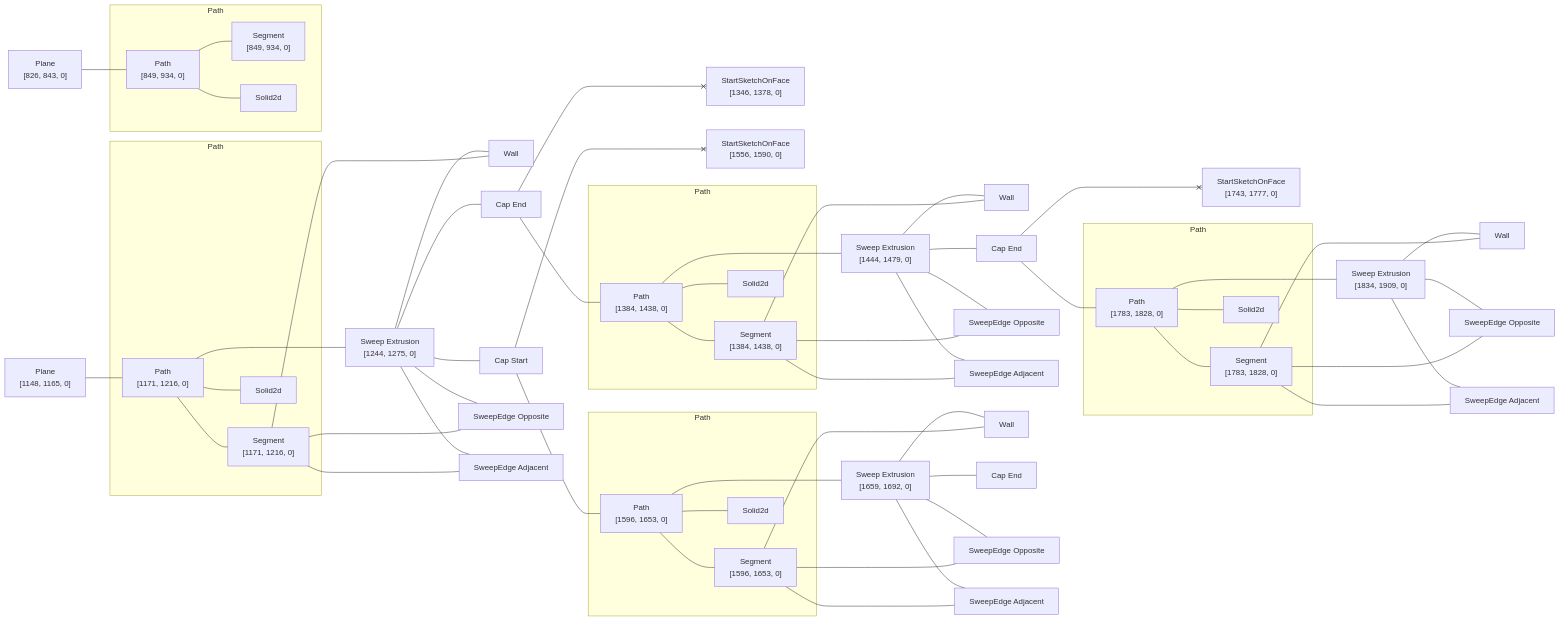
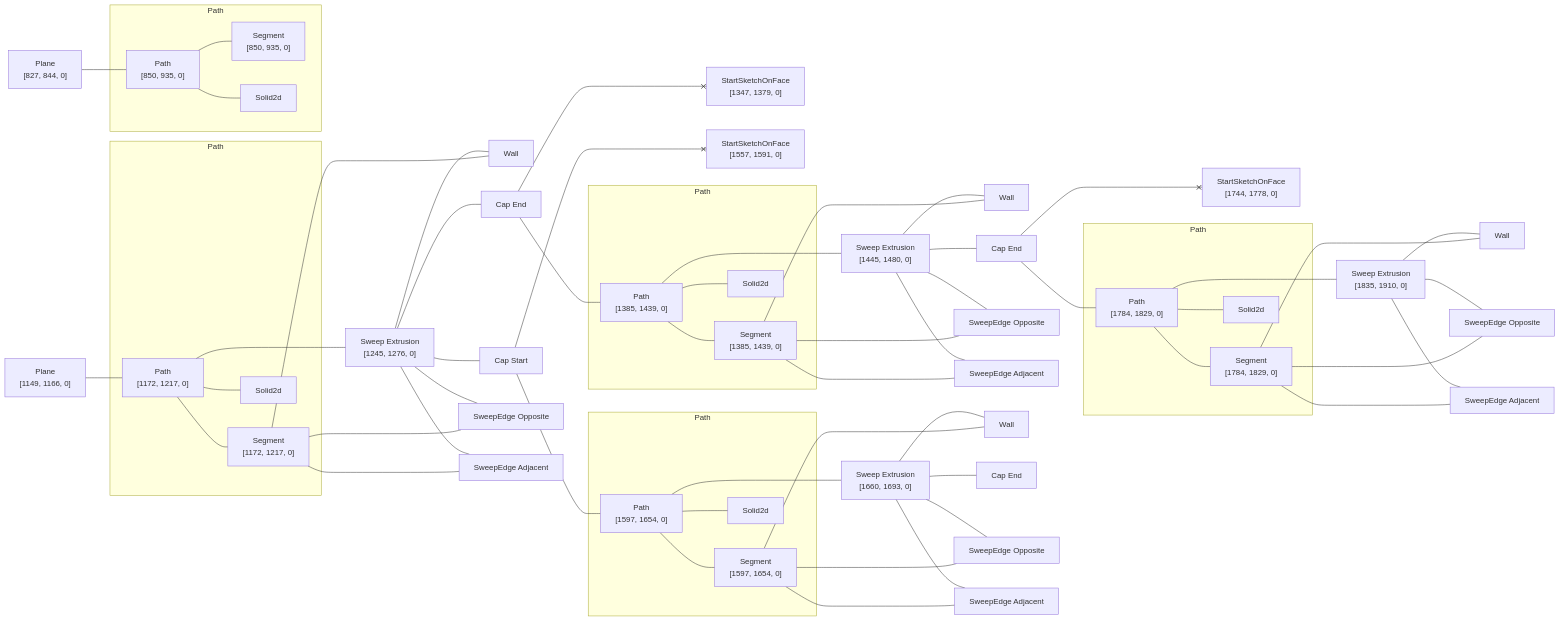
The diagram in rust/kcl-lib/tests/kcl_samples/flange/artifact_graph_flowchart.snap.md (KittyCAD/modeling-app), drawn with Mermaid before and after one commit. The commit also changed 122 other files, not shown here.

````diff
--- a/rust/kcl-lib/tests/kcl_samples/flange/artifact_graph_flowchart.snap.md
+++ b/rust/kcl-lib/tests/kcl_samples/flange/artifact_graph_flowchart.snap.md
@@ -1,55 +1,55 @@
 ```mermaid
 flowchart LR
   subgraph path2 [Path]
-    2["Path<br>[849, 934, 0]"]
-    3["Segment<br>[849, 934, 0]"]
+    2["Path<br>[850, 935, 0]"]
+    3["Segment<br>[850, 935, 0]"]
     4[Solid2d]
   end
   subgraph path6 [Path]
-    6["Path<br>[1171, 1216, 0]"]
-    7["Segment<br>[1171, 1216, 0]"]
+    6["Path<br>[1172, 1217, 0]"]
+    7["Segment<br>[1172, 1217, 0]"]
     8[Solid2d]
   end
   subgraph path15 [Path]
-    15["Path<br>[1384, 1438, 0]"]
-    16["Segment<br>[1384, 1438, 0]"]
+    15["Path<br>[1385, 1439, 0]"]
+    16["Segment<br>[1385, 1439, 0]"]
     17[Solid2d]
   end
   subgraph path23 [Path]
-    23["Path<br>[1596, 1653, 0]"]
-    24["Segment<br>[1596, 1653, 0]"]
+    23["Path<br>[1597, 1654, 0]"]
+    24["Segment<br>[1597, 1654, 0]"]
     25[Solid2d]
   end
   subgraph path31 [Path]
-    31["Path<br>[1783, 1828, 0]"]
-    32["Segment<br>[1783, 1828, 0]"]
+    31["Path<br>[1784, 1829, 0]"]
+    32["Segment<br>[1784, 1829, 0]"]
     33[Solid2d]
   end
-  1["Plane<br>[826, 843, 0]"]
-  5["Plane<br>[1148, 1165, 0]"]
-  9["Sweep Extrusion<br>[1244, 1275, 0]"]
+  1["Plane<br>[827, 844, 0]"]
+  5["Plane<br>[1149, 1166, 0]"]
+  9["Sweep Extrusion<br>[1245, 1276, 0]"]
   10[Wall]
   11["Cap Start"]
   12["Cap End"]
   13["SweepEdge Opposite"]
   14["SweepEdge Adjacent"]
-  18["Sweep Extrusion<br>[1444, 1479, 0]"]
+  18["Sweep Extrusion<br>[1445, 1480, 0]"]
   19[Wall]
   20["Cap End"]
   21["SweepEdge Opposite"]
   22["SweepEdge Adjacent"]
-  26["Sweep Extrusion<br>[1659, 1692, 0]"]
+  26["Sweep Extrusion<br>[1660, 1693, 0]"]
   27[Wall]
   28["Cap End"]
   29["SweepEdge Opposite"]
   30["SweepEdge Adjacent"]
-  34["Sweep Extrusion<br>[1834, 1909, 0]"]
+  34["Sweep Extrusion<br>[1835, 1910, 0]"]
   35[Wall]
   36["SweepEdge Opposite"]
   37["SweepEdge Adjacent"]
-  38["StartSketchOnFace<br>[1346, 1378, 0]"]
-  39["StartSketchOnFace<br>[1556, 1590, 0]"]
-  40["StartSketchOnFace<br>[1743, 1777, 0]"]
+  38["StartSketchOnFace<br>[1347, 1379, 0]"]
+  39["StartSketchOnFace<br>[1557, 1591, 0]"]
+  40["StartSketchOnFace<br>[1744, 1778, 0]"]
   1 --- 2
   2 --- 3
   2 --- 4
````
